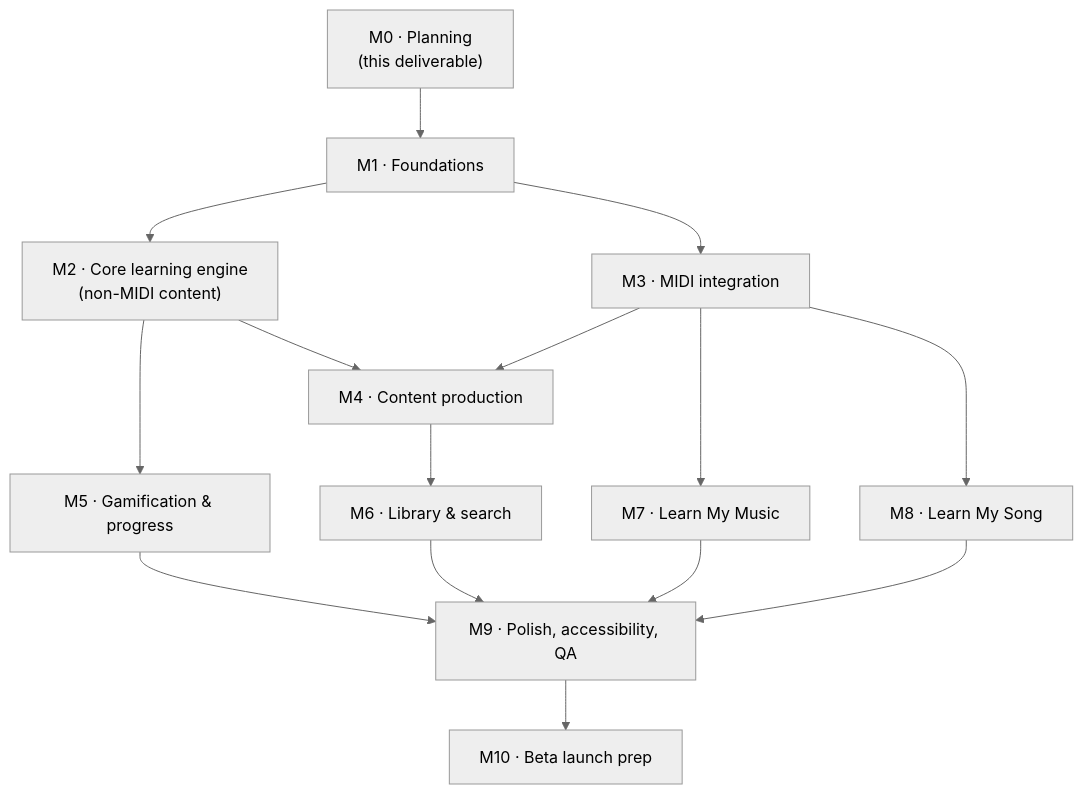
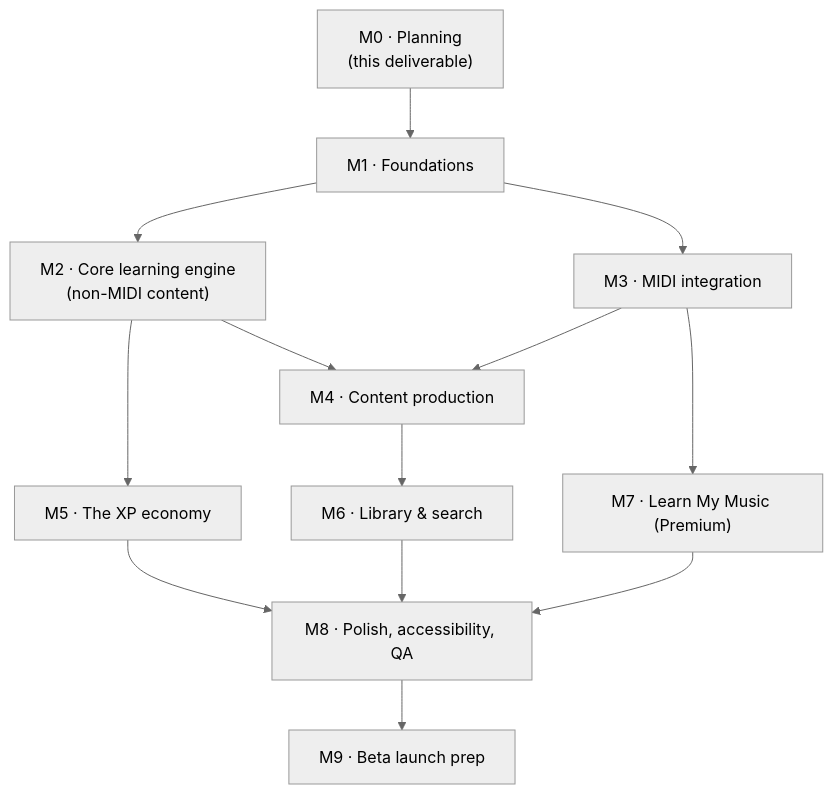
The diagram in docs/05-roadmap.md (IndraKar/keyboard-app), drawn with Mermaid (neutral theme) before and after one commit. The commit also changed other lines of this file and 5 other files, not shown here.

````diff
--- a/docs/05-roadmap.md
+++ b/docs/05-roadmap.md
@@ -7,17 +7,15 @@
 ```mermaid
 flowchart TD
     M0["M0 · Planning<br/>(this deliverable)"] --> M1["M1 · Foundations"]
     M1 --> M2["M2 · Core learning engine<br/>(non-MIDI content)"]
     M1 --> M3["M3 · MIDI integration"]
     M2 --> M4["M4 · Content production"]
     M3 --> M4
-    M2 --> M5["M5 · Gamification & progress"]
+    M2 --> M5["M5 · The XP economy"]
     M4 --> M6["M6 · Library & search"]
-    M3 --> M7["M7 · Learn My Music"]
-    M3 --> M8["M8 · Learn My Song"]
-    M5 --> M9["M9 · Polish, accessibility, QA"]
-    M6 --> M9
-    M7 --> M9
-    M8 --> M9
-    M9 --> M10["M10 · Beta launch prep"]
+    M3 --> M7["M7 · Learn My Music (Premium)"]
+    M5 --> M8["M8 · Polish, accessibility, QA"]
+    M6 --> M8
+    M7 --> M8
+    M8 --> M9["M9 · Beta launch prep"]
 ```
````
